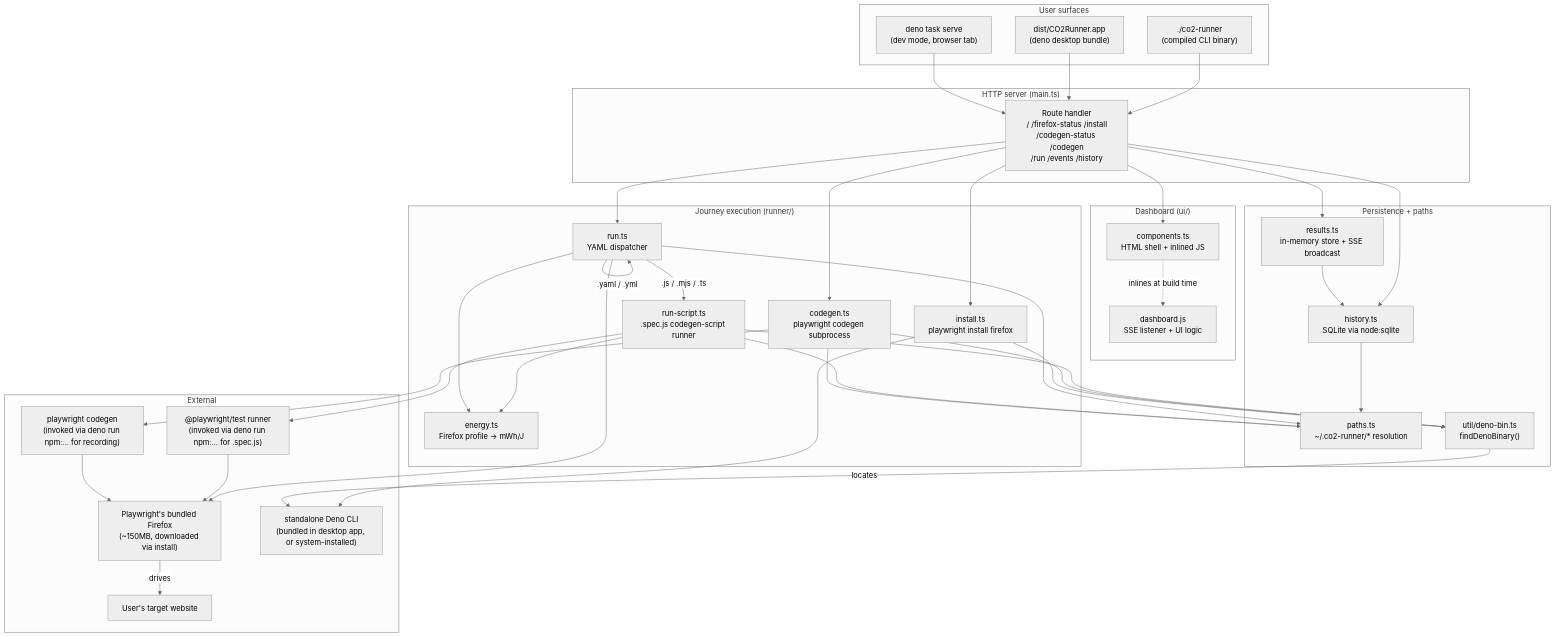
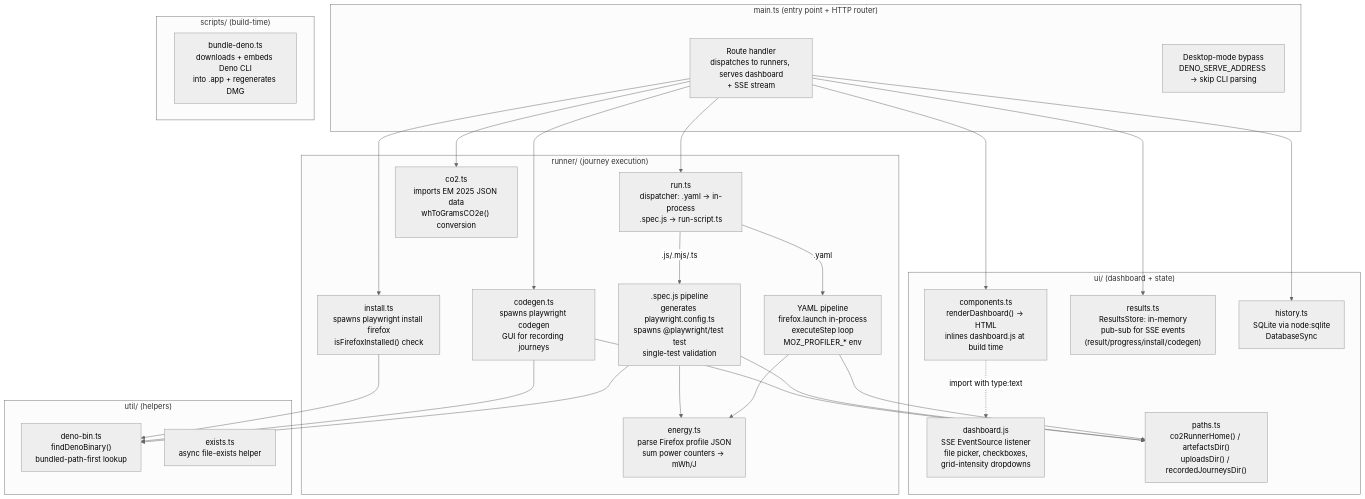
One commit to mrchrisadams/co2-runner changed the third of 13 diagrams in docs/architecture.md. Above: the diagram before and after it, drawn with Mermaid (neutral theme). The commit also changed other lines of this file, not shown here.

First line of the commit message:
Add C4 model diagrams to architecture.md + update out-of-date sections

````diff
--- a/docs/architecture.md
+++ b/docs/architecture.md
@@ -9,77 +117,56 @@
 ```mermaid
 graph TB
-    subgraph "User surfaces"
-        CLI["./co2-runner<br/>(compiled CLI binary)"]
-        DESKTOP["dist/CO2Runner.app<br/>(deno desktop bundle)"]
-        DEV["deno task serve<br/>(dev mode, browser tab)"]
+    subgraph "main.ts (entry point + HTTP router)"
+        ROUTES["Route handler<br/>dispatches to runners, serves dashboard<br/>+ SSE stream"]
+        DESKTOP_GATE["Desktop-mode bypass<br/>DENO_SERVE_ADDRESS → skip CLI parsing"]
     end
 
-    subgraph "HTTP server (main.ts)"
-        ROUTES["Route handler<br/>/ /firefox-status /install<br/>/codegen-status /codegen<br/>/run /events /history"]
+    subgraph "runner/ (journey execution)"
+        DISPATCH["run.ts<br/>dispatcher: .yaml → in-process<br/>.spec.js → run-script.ts"]
+        YAML["YAML pipeline<br/>firefox.launch in-process<br/>executeStep loop<br/>MOZ_PROFILER_* env"]
+        SCRIPT[".spec.js pipeline<br/>generates playwright.config.ts<br/>spawns @playwright/test test<br/>single-test validation"]
+        ENERGY["energy.ts<br/>parse Firefox profile JSON<br/>sum power counters → mWh/J"]
+        CODEGEN["codegen.ts<br/>spawns playwright codegen<br/>GUI for recording journeys"]
+        INSTALL["install.ts<br/>spawns playwright install firefox<br/>isFirefoxInstalled() check"]
+        CO2MOD["co2.ts<br/>imports EM 2025 JSON data<br/>whToGramsCO2e() conversion"]
     end
 
-    subgraph "Journey execution (runner/)"
-        RUN["run.ts<br/>YAML dispatcher"]
-        RUNSCRIPT["run-script.ts<br/>.spec.js codegen-script runner"]
-        ENERGY["energy.ts<br/>Firefox profile → mWh/J"]
-        CODEGEN["codegen.ts<br/>playwright codegen subprocess"]
-        INSTALL["install.ts<br/>playwright install firefox"]
+    subgraph "ui/ (dashboard + state)"
+        COMP["components.ts<br/>renderDashboard() → HTML<br/>inlines dashboard.js at build time"]
+        DASHJS["dashboard.js<br/>SSE EventSource listener<br/>file picker, checkboxes,<br/>grid-intensity dropdowns"]
+        RESULTS["results.ts<br/>ResultsStore: in-memory<br/>pub-sub for SSE events<br/>(result/progress/install/codegen)"]
+        HISTORY["history.ts<br/>SQLite via node:sqlite<br/>DatabaseSync"]
+        PATHS["paths.ts<br/>co2RunnerHome() / artefactsDir()<br/>uploadsDir() / recordedJourneysDir()"]
     end
 
-    subgraph "Dashboard (ui/)"
-        COMP["components.ts<br/>HTML shell + inlined JS"]
-        DASHJS["dashboard.js<br/>SSE listener + UI logic"]
+    subgraph "util/ (helpers)"
+        DENOBIN["deno-bin.ts<br/>findDenoBinary()<br/>bundled-path-first lookup"]
+        EXISTS["exists.ts<br/>async file-exists helper"]
     end
 
-    subgraph "Persistence + paths"
-        RESULTS["results.ts<br/>in-memory store + SSE broadcast"]
-        HISTORY["history.ts<br/>SQLite via node:sqlite"]
-        PATHS["paths.ts<br/>~/.co2-runner/* resolution"]
-        DENOBIN["util/deno-bin.ts<br/>findDenoBinary()"]
+    subgraph "scripts/ (build-time)"
+        BUNDLE["bundle-deno.ts<br/>downloads + embeds Deno CLI<br/>into .app + regenerates DMG"]
     end
 
-    subgraph "External"
-        FF["Playwright's bundled Firefox<br/>(~150MB, downloaded via install)"]
-        DENO["standalone Deno CLI<br/>(bundled in desktop app, or system-installed)"]
-        PWTEST["@playwright/test runner<br/>(invoked via deno run npm:... for .spec.js)"]
-        PWCODEGEN["playwright codegen<br/>(invoked via deno run npm:... for recording)"]
-        SITE["User's target website"]
-    end
-
-    CLI --> ROUTES
-    DESKTOP --> ROUTES
-    DEV --> ROUTES
-
-    ROUTES --> RESULTS
-    ROUTES --> RUN
+    ROUTES --> DISPATCH
     ROUTES --> CODEGEN
     ROUTES --> INSTALL
+    ROUTES --> RESULTS
+    ROUTES --> COMP
     ROUTES --> HISTORY
-    ROUTES --> COMP
+    ROUTES --> CO2MOD
 
-    COMP -.->|inlines at build time| DASHJS
+    DISPATCH -->|".yaml"| YAML
+    DISPATCH -->|".js/.mjs/.ts"| SCRIPT
+    YAML --> ENERGY
+    SCRIPT --> ENERGY
+    YAML --> PATHS
+    SCRIPT --> PATHS
+    CODEGEN --> PATHS
 
-    RUN -->|".yaml / .yml"| RUN
-    RUN -->|".js / .mjs / .ts"| RUNSCRIPT
-    RUNSCRIPT --> ENERGY
-    RUN --> ENERGY
-    RUN --> FF
-    RUNSCRIPT --> PWTEST
-    CODEGEN --> PWCODEGEN
-    INSTALL --> DENO
-
-    RUN --> PATHS
-    RUNSCRIPT --> PATHS
-    CODEGEN --> PATHS
-    RESULTS --> HISTORY
-    HISTORY --> PATHS
-
-    DENOBIN -->|locates| DENO
-    RUNSCRIPT --> DENOBIN
+    SCRIPT --> DENOBIN
     CODEGEN --> DENOBIN
     INSTALL --> DENOBIN
 
-    PWTEST --> FF
-    PWCODEGEN --> FF
-    FF -->|drives| SITE
+    COMP -.->|import with type:text| DASHJS
 ```
````
